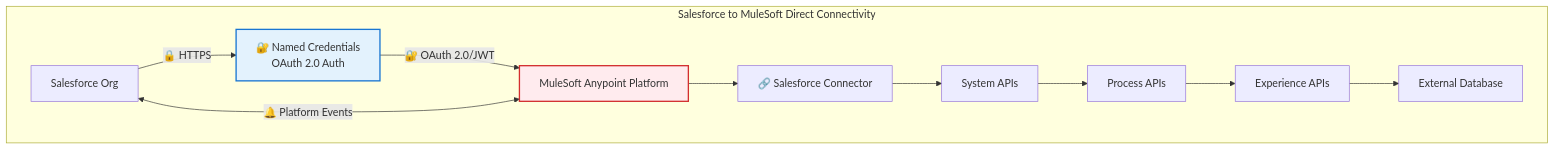
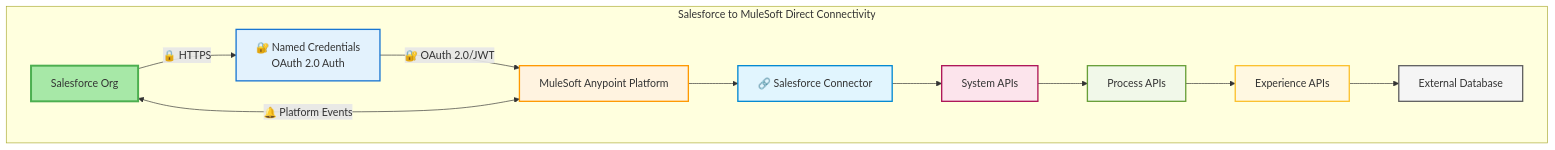
One commit to arupsarkar-sfdc/Misc changed the second of 4 diagrams in README_1.md. Above: the diagram before and after it, drawn with Mermaid. The commit also changed other lines of this file and 1 other file, not shown here.

Commit message:
Updated the repo with Yahoo customer work and zero copy flow

````diff
--- a/README_1.md
+++ b/README_1.md
@@ -36,28 +45,42 @@
 ```mermaid
 graph TB
     subgraph SF_MS["Salesforce to MuleSoft Direct Connectivity"]
         SF2[Salesforce Org]
         NC2["🔐 Named Credentials<br/>OAuth 2.0 Auth"]
         MS1[MuleSoft Anypoint Platform]
         SFC["🔗 Salesforce Connector"]
         API1[System APIs]
         API2[Process APIs]
         API3[Experience APIs]
         DB1[External Database]
         
         SF2 -->|"🔒 HTTPS"| NC2
         NC2 -->|"🔐 OAuth 2.0/JWT"| MS1
         MS1 --> SFC
         SFC --> API1
         API1 --> API2
         API2 --> API3
         API3 --> DB1
         SF2 <-->|"🔔 Platform Events"| MS1
     end
     
+    %% Enhanced color coding by service layer and type
+    classDef salesforce fill:#a7e8a7,stroke:#4caf50,stroke-width:3px
     classDef security fill:#ffebee,stroke:#d32f2f,stroke-width:2px
     classDef auth fill:#e3f2fd,stroke:#1976d2,stroke-width:2px
+    classDef integration fill:#fff3e0,stroke:#ff9800,stroke-width:2px
+    classDef connector fill:#e1f5fe,stroke:#0288d1,stroke-width:2px
+    classDef api_system fill:#fce4ec,stroke:#ad1457,stroke-width:2px
+    classDef api_process fill:#f1f8e9,stroke:#689f38,stroke-width:2px
+    classDef api_experience fill:#fff8e1,stroke:#fbc02d,stroke-width:2px
+    classDef external fill:#f5f5f5,stroke:#616161,stroke-width:2px
     
+    class SF2 salesforce
     class NC2 auth
-    class MS1 security
+    class MS1 integration
+    class SFC connector
+    class API1 api_system
+    class API2 api_process
+    class API3 api_experience
+    class DB1 external
 ```
````
